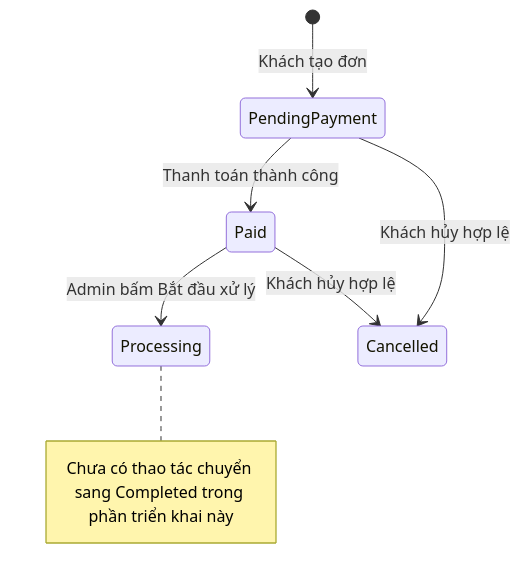
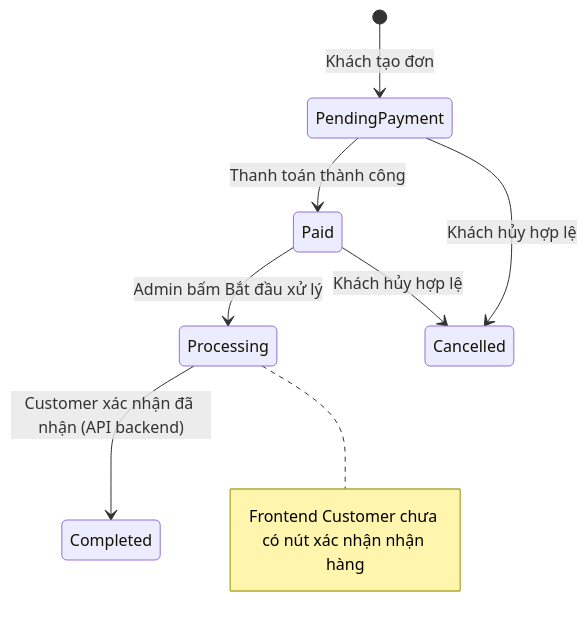
The diagram in docs/admin-order-processing.md (vuminhson87/multi-warehouse-e-commerce-inventory-control-system), drawn with Mermaid before and after one commit. The commit also changed other lines of this file and 5 other files, not shown here.

````diff
--- a/docs/admin-order-processing.md
+++ b/docs/admin-order-processing.md
@@ -9,9 +9,10 @@
 ```mermaid
 stateDiagram-v2
     [*] --> PendingPayment: Khách tạo đơn
     PendingPayment --> Paid: Thanh toán thành công
     Paid --> Processing: Admin bấm Bắt đầu xử lý
+    Processing --> Completed: Customer xác nhận đã nhận (API backend)
     PendingPayment --> Cancelled: Khách hủy hợp lệ
     Paid --> Cancelled: Khách hủy hợp lệ
-    note right of Processing: Chưa có thao tác chuyển sang Completed trong phần triển khai này
+    note right of Processing: Frontend Customer chưa có nút xác nhận nhận hàng
 ```
````
